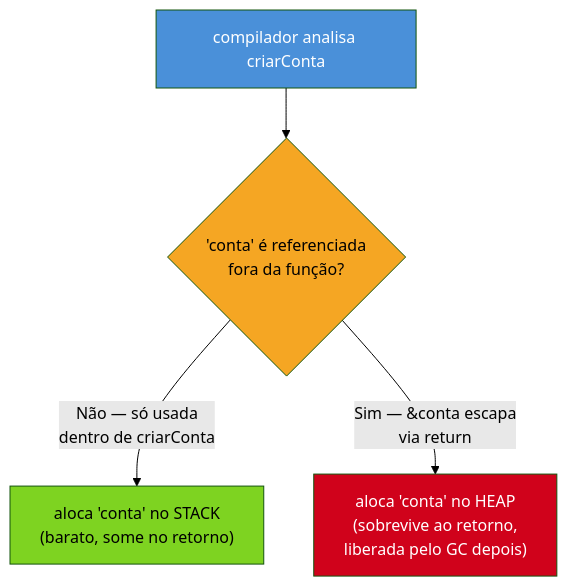
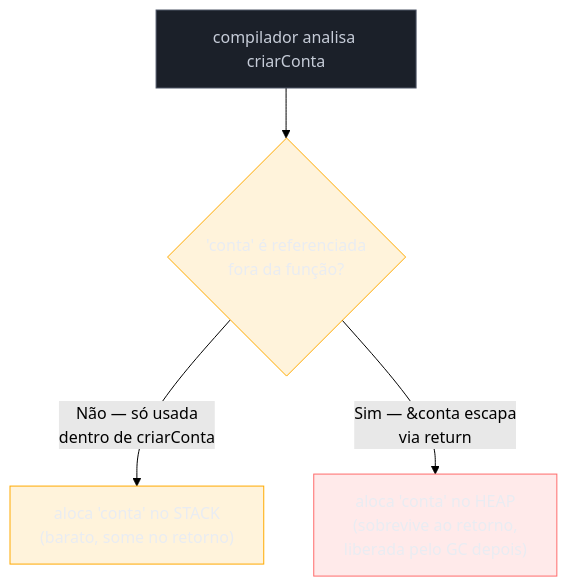
One commit to josenaldo/codex-technomanticus changed the third of 3 diagrams in 03-Dominios/Tecnologia/Go/01 - Fundamentos e sintaxe/07 - Ponteiros e o modelo de memória.md. Above: the diagram before and after it, drawn with Mermaid (forest theme). The commit also changed other lines of this file and 1181 other files, not shown here.

First line of the commit message:
fix(diagramas): paleta do sistema no lugar de cor cravada no markdown

````diff
--- a/03-Dominios/Tecnologia/Go/01 - Fundamentos e sintaxe/07 - Ponteiros e o modelo de memória.md
+++ b/03-Dominios/Tecnologia/Go/01 - Fundamentos e sintaxe/07 - Ponteiros e o modelo de memória.md
@@ -333,11 +337,14 @@
 ```mermaid
 flowchart TD
+    classDef neutro fill:#1B2029,stroke:#4E5666,color:#C6CCD8
+    classDef destaque fill:#FFAA0024,stroke:#FFAA00,color:#E9ECF2
+    classDef falha fill:#FF6B6B24,stroke:#FF6B6B,color:#E9ECF2
     A["compilador analisa criarConta"] --> B{"'conta' é referenciada\nfora da função?"}
     B -->|"Não — só usada\ndentro de criarConta"| C["aloca 'conta' no STACK\n(barato, some no retorno)"]
     B -->|"Sim — &conta escapa\nvia return"| D["aloca 'conta' no HEAP\n(sobrevive ao retorno,\nliberada pelo GC depois)"]
 
-    style A fill:#4A90D9,color:#fff
-    style B fill:#F5A623,color:#000
-    style C fill:#7ED321,color:#000
-    style D fill:#D0021B,color:#fff
+    class A neutro
+    class B destaque
+    class C destaque
+    class D falha
 ```
````
